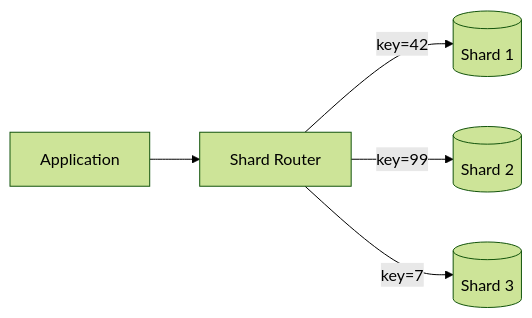
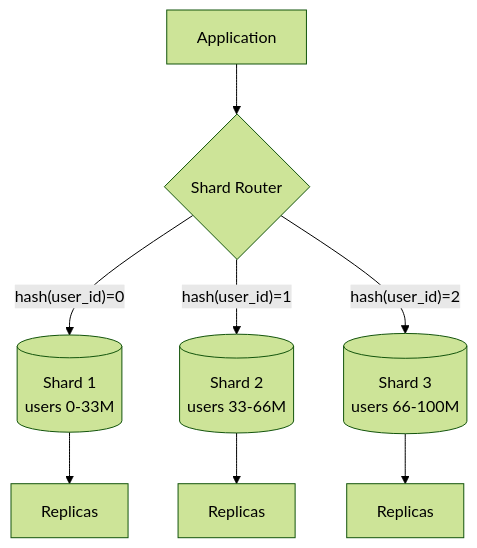
Before and after one commit to hareramcse/SystemDesign: the third of 36 diagrams in 05-distributed-databases/README.md, drawn with Mermaid (forest theme). The commit also changed other lines of this file and 14 other files, not shown here.

````diff
--- a/05-distributed-databases/README.md
+++ b/05-distributed-databases/README.md
@@ -159,7 +218,10 @@
 ```mermaid
-flowchart LR
-    App[Application] --> Router[Shard Router]
-    Router -->|key=42| Shard1[(Shard 1)]
-    Router -->|key=99| Shard2[(Shard 2)]
-    Router -->|key=7| Shard3[(Shard 3)]
+flowchart TB
+    App[Application] --> Router{Shard Router}
+    Router -->|"hash(user_id)=0"| S1[(Shard 1<br/>users 0-33M)]
+    Router -->|"hash(user_id)=1"| S2[(Shard 2<br/>users 33-66M)]
+    Router -->|"hash(user_id)=2"| S3[(Shard 3<br/>users 66-100M)]
+    S1 --> R1[Replicas]
+    S2 --> R2[Replicas]
+    S3 --> R3[Replicas]
 ```
````
